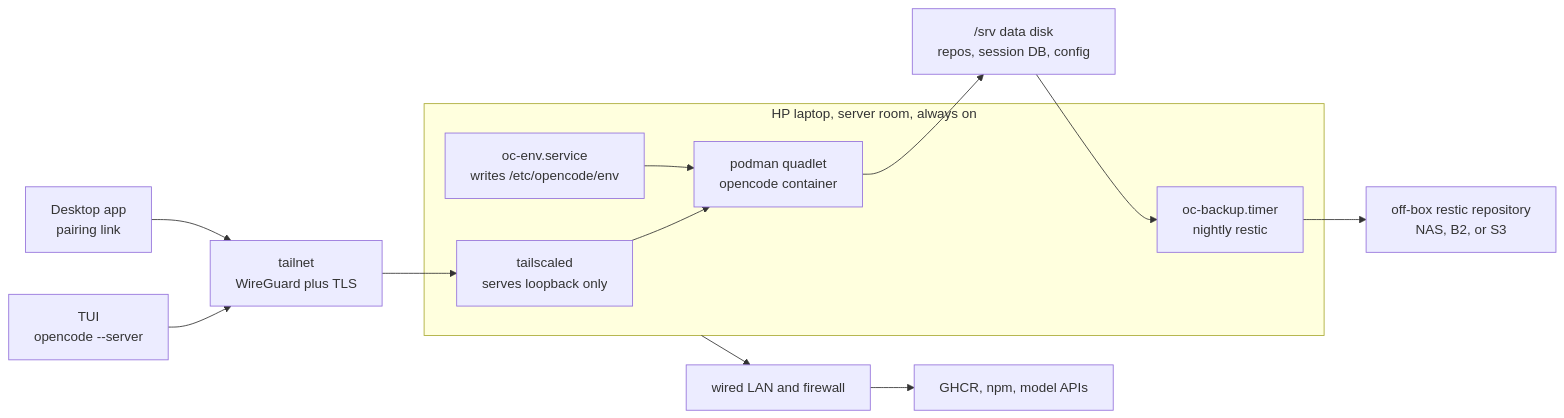
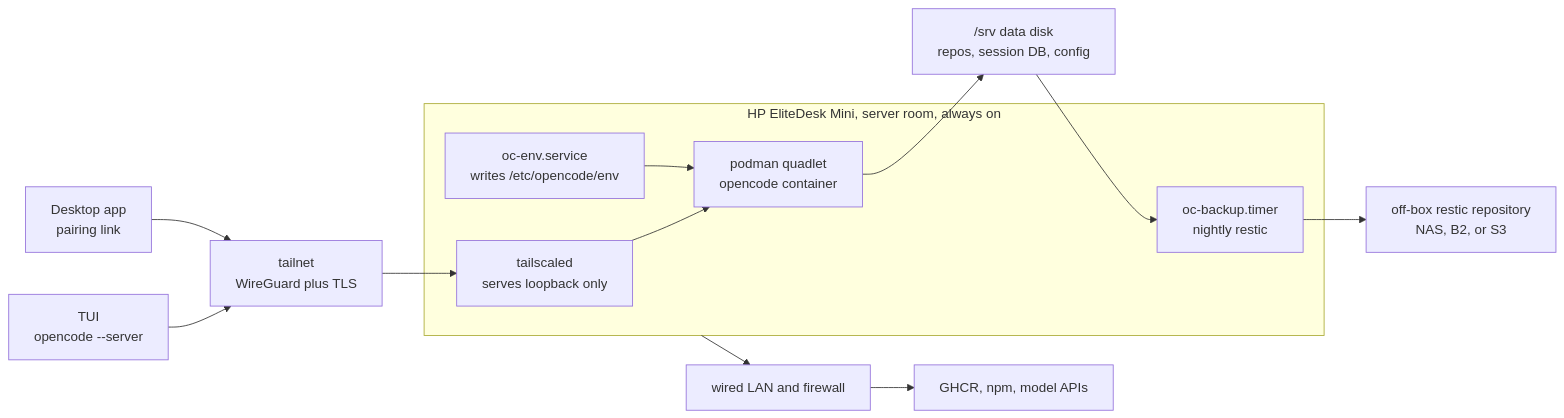
One commit to ultus-net/devbox-oc changed the diagram in README.md. Above: the diagram before and after it, drawn with Mermaid. The commit also changed other lines of this file and 10 other files, not shown here.

Commit message:
feat: retarget the bare-metal host to the EliteDesk Mini

````diff
--- a/README.md
+++ b/README.md
@@ -22,19 +22,19 @@
 ```mermaid
 flowchart LR
   TUI["TUI<br/>opencode --server"] --> TN
   DESK["Desktop app<br/>pairing link"] --> TN
   TN["tailnet<br/>WireGuard plus TLS"] --> HOST
-  subgraph BOX["HP laptop, server room, always on"]
+  subgraph BOX["HP EliteDesk Mini, server room, always on"]
     HOST["tailscaled<br/>serves loopback only"]
     Q["podman quadlet<br/>opencode container"]
     ENV["oc-env.service<br/>writes /etc/opencode/env"]
     BK["oc-backup.timer<br/>nightly restic"]
     HOST --> Q
     ENV --> Q
   end
   Q --> DD["/srv data disk<br/>repos, session DB, config"]
   DD --> BK
   BK --> OFF["off-box restic repository<br/>NAS, B2, or S3"]
   BOX --> LAN["wired LAN and firewall"]
   LAN --> NET["GHCR, npm, model APIs"]
 ```
````
